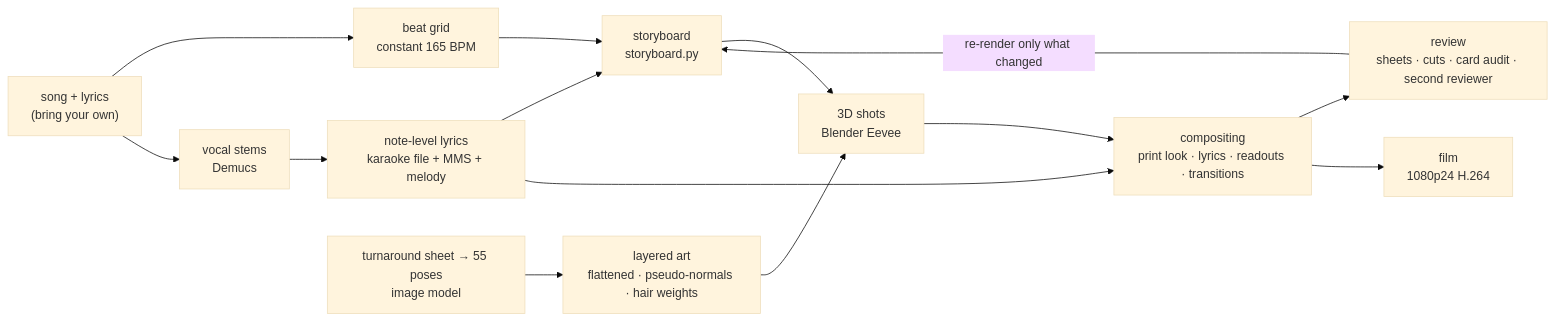
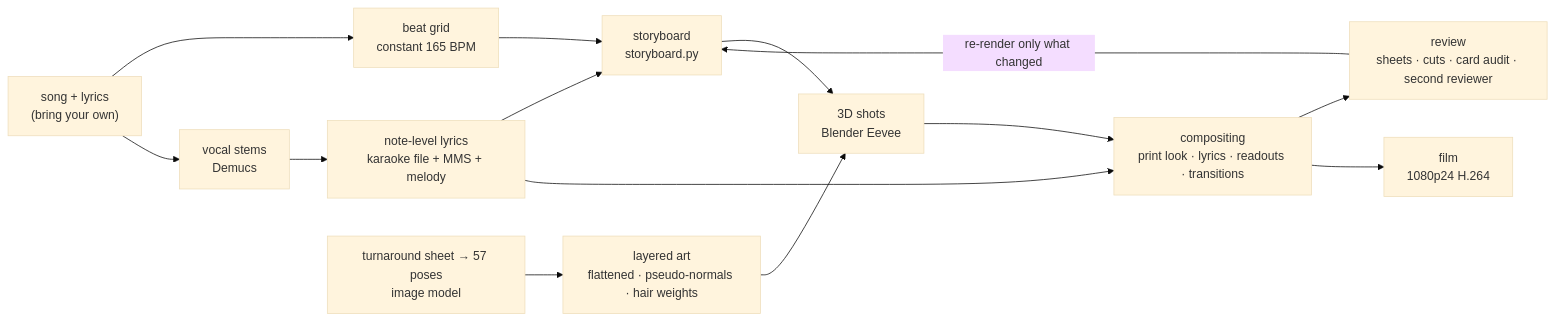
Before and after one commit to RepressedAlliance/MeltDown: the diagram in README.en.md, drawn with Mermaid (base theme). The commit also changed other lines of this file and 30 other files, not shown here.

````diff
--- a/README.en.md
+++ b/README.en.md
@@ -102,16 +102,16 @@
 ```mermaid
 flowchart LR
   A["song + lyrics<br/>(bring your own)"] --> B["beat grid<br/>constant 165 BPM"]
   A --> C["vocal stems<br/>Demucs"]
   C --> D["note-level lyrics<br/>karaoke file + MMS + melody"]
-  E["turnaround sheet → 55 poses<br/>image model"] --> F["layered art<br/>flattened · pseudo-normals · hair weights"]
+  E["turnaround sheet → 57 poses<br/>image model"] --> F["layered art<br/>flattened · pseudo-normals · hair weights"]
   B --> G["storyboard<br/>storyboard.py"]
   D --> G
   G --> H["3D shots<br/>Blender Eevee"]
   F --> H
   H --> I["compositing<br/>print look · lyrics · readouts · transitions"]
   D --> I
   I --> J["review<br/>sheets · cuts · card audit · second reviewer"]
   J -- "re-render only what changed" --> G
   I --> K["film<br/>1080p24 H.264"]
 ```
````
